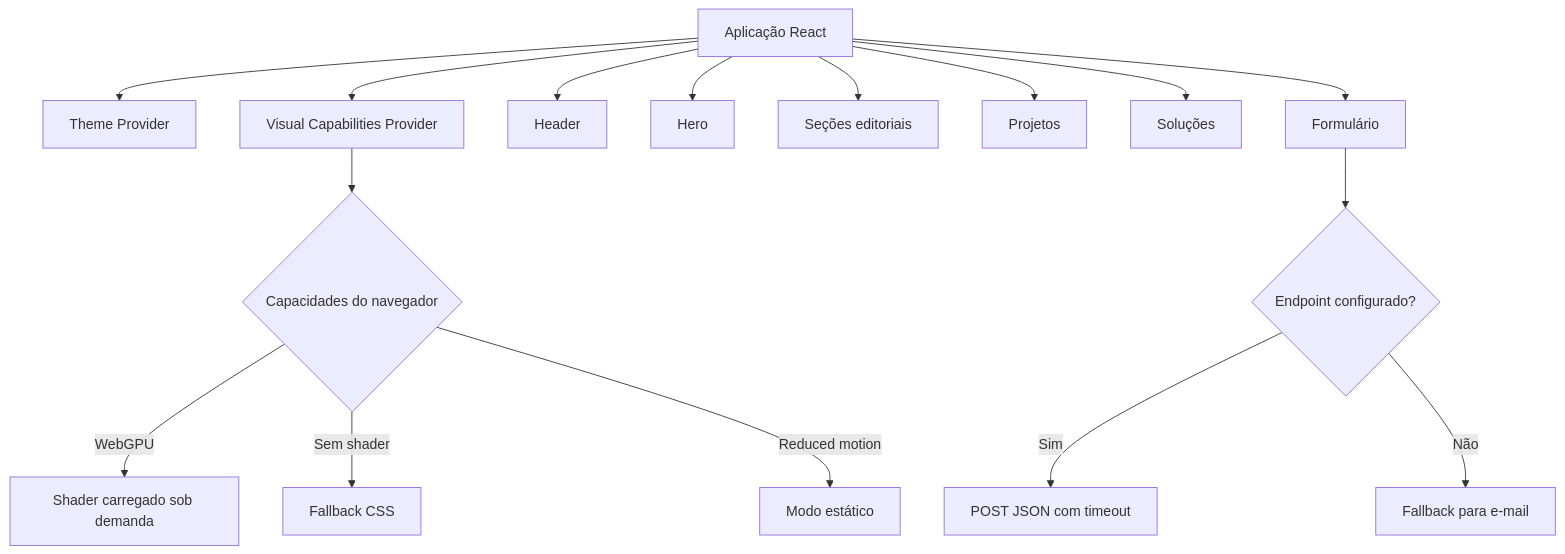
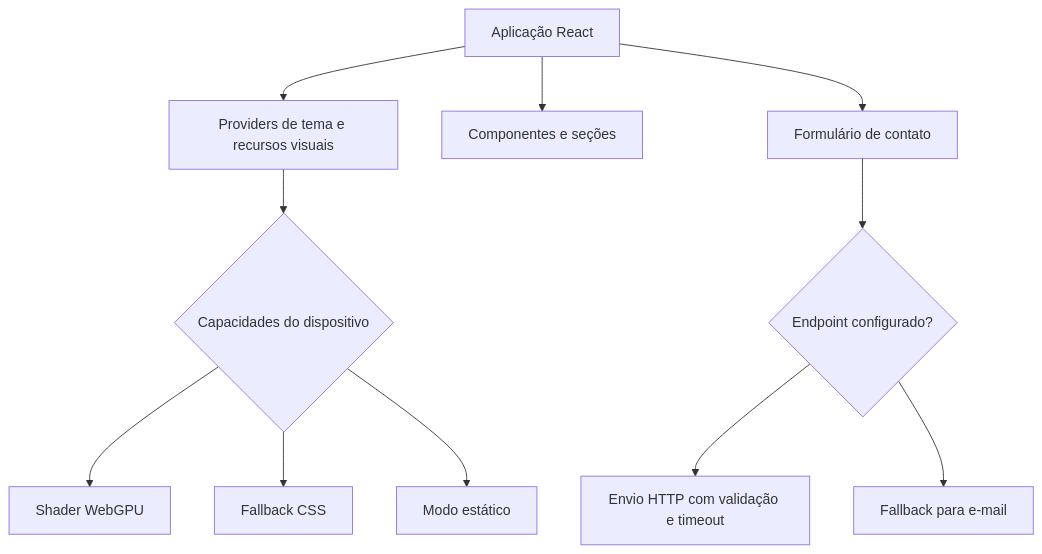
The diagram in README.md (g4brielbr4sil/barthy-web-studio-v2), drawn with Mermaid before and after one commit. The commit also changed other lines of this file, not shown here.

````diff
--- a/README.md
+++ b/README.md
@@ -132,21 +133,15 @@
 ```mermaid
 flowchart TD
-    APP[Aplicação React] --> THEME[Theme Provider]
-    APP --> VISUAL[Visual Capabilities Provider]
+    APP[Aplicação React] --> PROVIDERS[Providers de tema e recursos visuais]
+    APP --> UI[Componentes e seções]
+    APP --> CONTACT[Formulário de contato]
 
-    APP --> HEADER[Header]
-    APP --> HERO[Hero]
-    APP --> CONTENT[Seções editoriais]
-    APP --> PROJECTS[Projetos]
-    APP --> SOLUTIONS[Soluções]
-    APP --> CONTACT[Formulário]
-
-    VISUAL --> CHECK{Capacidades do navegador}
-    CHECK -->|WebGPU| SHADER[Shader carregado sob demanda]
-    CHECK -->|Sem shader| CSS[Fallback CSS]
-    CHECK -->|Reduced motion| STATIC[Modo estático]
+    PROVIDERS --> CAPABILITIES{Capacidades do dispositivo}
+    CAPABILITIES --> SHADER[Shader WebGPU]
+    CAPABILITIES --> CSS[Fallback CSS]
+    CAPABILITIES --> STATIC[Modo estático]
 
     CONTACT --> ENDPOINT{Endpoint configurado?}
-    ENDPOINT -->|Sim| POST[POST JSON com timeout]
-    ENDPOINT -->|Não| EMAIL[Fallback para e-mail]
+    ENDPOINT --> API[Envio HTTP com validação e timeout]
+    ENDPOINT --> EMAIL[Fallback para e-mail]
 ```
````
